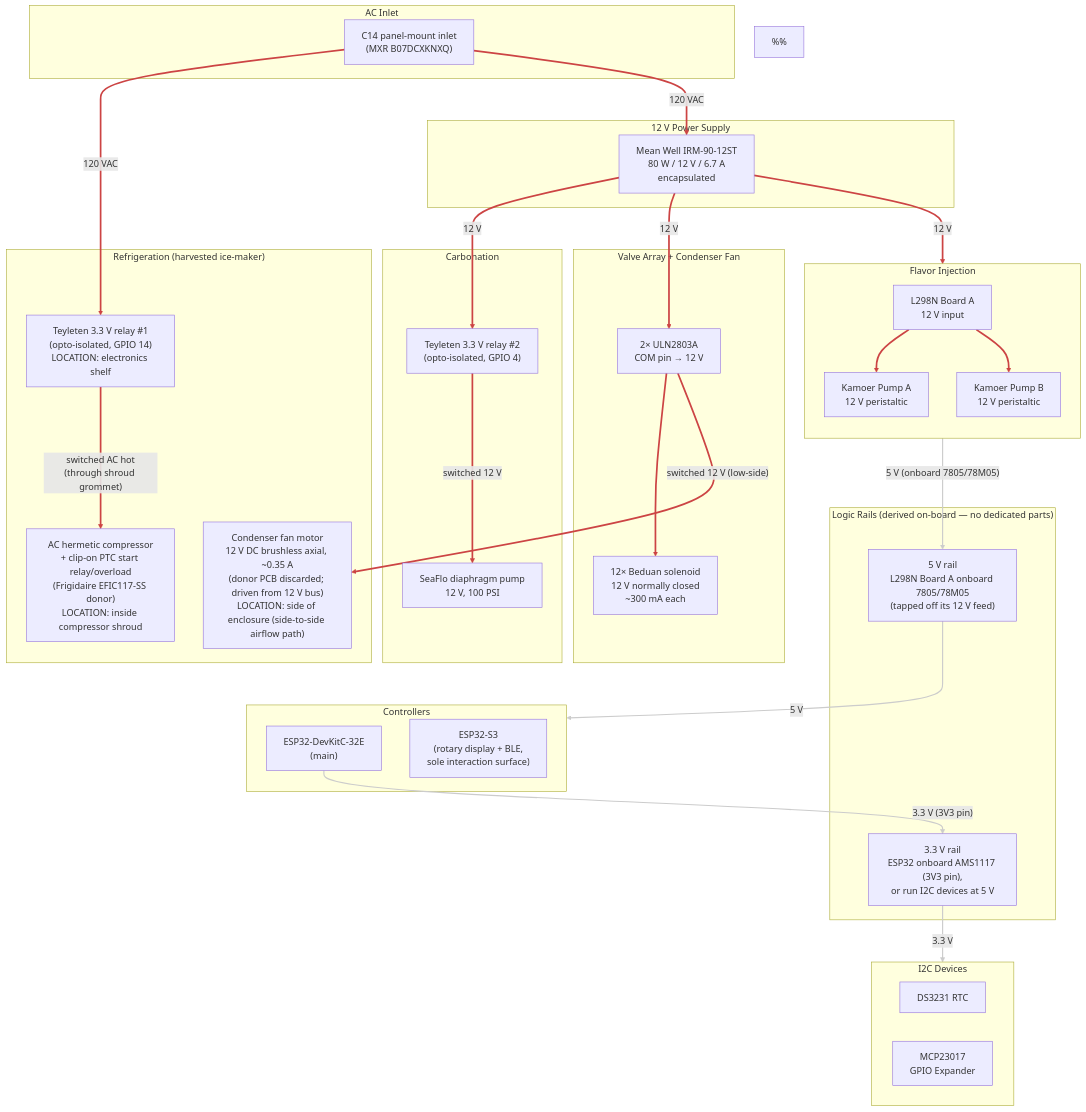
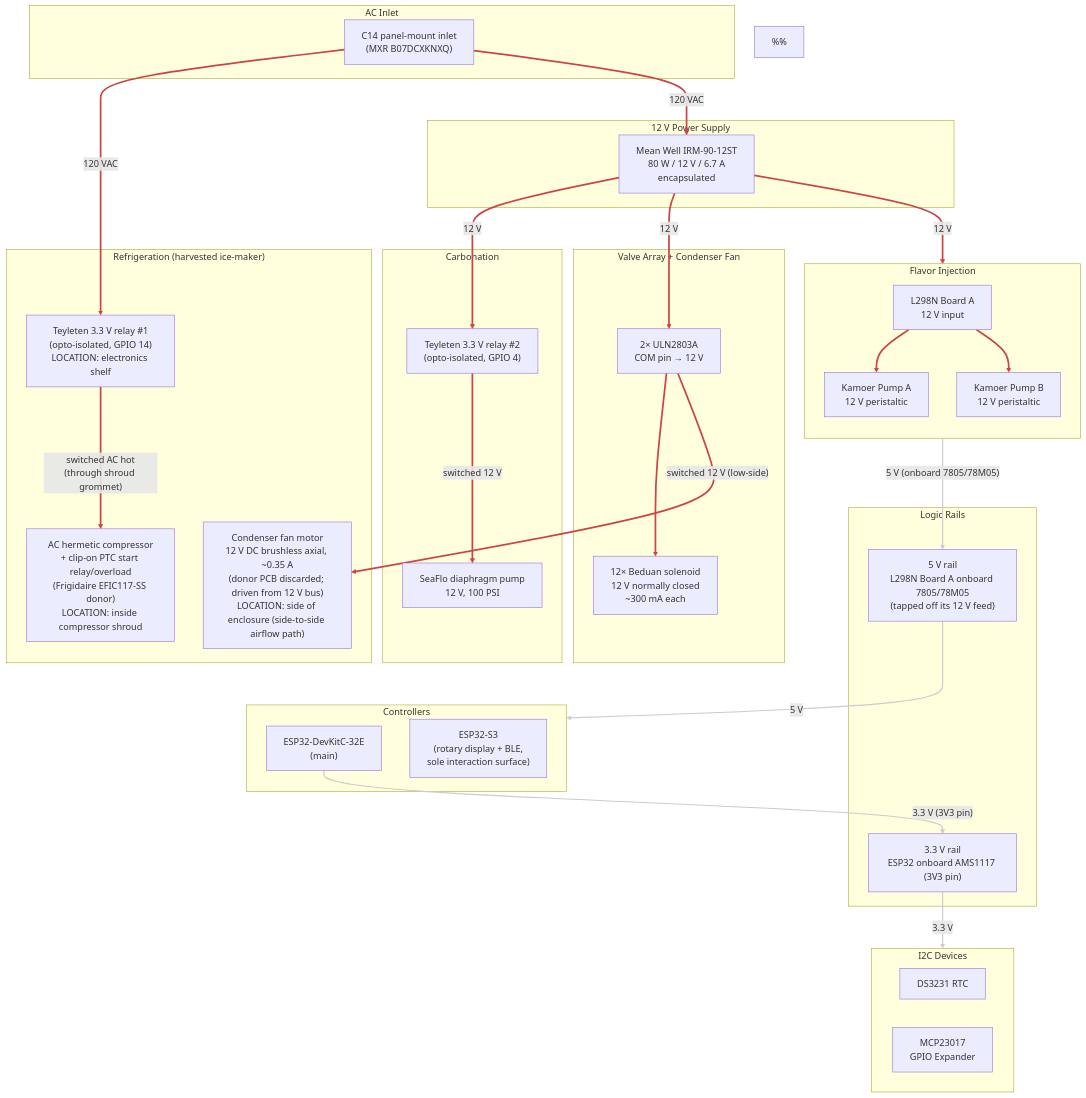
One commit to derekbreden/homesodamachine changed the diagram in hardware/wiring/power.mmd. Above: the diagram before and after it, drawn with Mermaid. The commit also changed 3 other files, not shown here.

First line of the commit message:
power docs: cut residue from the logic-rail notes

```diff
--- a/hardware/wiring/power.mmd
+++ b/hardware/wiring/power.mmd
@@ -1,138 +1,132 @@
 flowchart TD
 
   %% Power Distribution (current plan).
   %% 120 VAC mains in via C14 inlet; Mean Well 12 V PSU supplies the
   %% 12 V bus for everything except the compressor itself, which runs
   %% on switched mains via Teyleten relay #1 (ESP32 GPIO 14). The 12 V
   %% diaphragm pump is gated by Teyleten relay #2 (ESP32 GPIO 4) so
   %% firmware can keep refill off during an active dispense.
   %%
-  %% Logic rails are derived on boards already on the 12 V bus — there
-  %% are no dedicated regulator parts. 5 V comes from the L298N Board A
-  %% onboard 7805/78M05 (fed by the same 12 V that drives the peristaltic
-  %% pumps) and powers the ESP32 boards. 3.3 V for the I2C devices comes
-  %% from the ESP32's onboard AMS1117 (its 3V3 pin) — or the DS3231
-  %% (3.3–5.5 V) and MCP23017 (1.8–5.5 V) run directly at 5 V. The 5 V
-  %% draw is small (ESP32 + S3 + MCP + RTC), but the 78M05 drops 7 V at
-  %% 12→5, so verify the actual logic-rail current and the regulator's
-  %% junction temperature at shelf ambient during bring-up; add a
-  %% stick-on heatsink if margin is thin.
+  %% The 5 V logic rail is the L298N Board A onboard 7805/78M05, made
+  %% from the 12 V at its VS input; it powers the ESP32 boards and the
+  %% relay VCC. The ESP32's onboard AMS1117 supplies 3.3 V on its 3V3
+  %% pin to the I2C devices.
   %%
   %% Physical placement:
   %% - The C14 inlet, AC distribution, PSU, both Teyleten relays, the
   %%   ESP32, MCP23017, ULN2803A pair, and L298N all sit on a single
   %%   electronics shelf at the top-back of the enclosure, behind the
   %%   rear-panel C14 inlet.
   %% - The compressor sits middle-bottom inside a fire-rated metal
   %%   shroud (because the appliance is going into kitchens used by
   %%   friends, family, and customers the founder knows by name, and
   %%   safe handling of the R-600a charge is what UL 60335-2-89
   %%   actually requires); its clip-on PTC start relay + overload
   %%   module is co-located with the compressor body inside the shroud.
   %% - Teyleten relay #1 stays on the SHELF, OUTSIDE the shroud.
   %%   Only switched AC enters the shroud (one wire bundle through one
   %%   grommet: switched H + N + chassis G). This avoids placing an
   %%   arcing contact inside the protected hydrocarbon-refrigerant
   %%   compartment.
   %% - The condenser fan motor is on the side of the enclosure
   %%   (the side-to-side intake → condenser → exhaust airflow path)
   %%   and is OUTSIDE the shroud. It is a 12 V DC brushless axial
   %%   fan: the donor ice maker's own PCB regulated mains to 12 V
   %%   to drive it (factory wiring was never AC on the fan itself),
   %%   so on harvest we discard the donor PCB and drive the fan
   %%   from our own 12 V bus. Low-side switched via one channel of
   %%   ULN2803A #2 driven from MCP23017 0x21 PA4 — same pattern as
   %%   the solenoid valves. Firmware turns it on/off in lockstep
   %%   with the compressor.
   %%
   %% See `ac-wiring-schedule.md` for run-by-run gauges + lengths and
   %% `../cut-parts/compressor-shroud/` for the shroud part.
 
   subgraph AC_Inlet["AC Inlet"]
     C14["C14 panel-mount inlet\n(MXR B07DCXKNXQ)"]
   end
 
   subgraph Supply["12 V Power Supply"]
     PSU["Mean Well IRM-90-12ST\n80 W / 12 V / 6.7 A\nencapsulated"]
   end
 
   subgraph Refrigeration["Refrigeration  (harvested ice-maker)"]
     RELAY["Teyleten 3.3 V relay #1\n(opto-isolated, GPIO 14)\nLOCATION: electronics shelf"]
     COMP_AC["AC hermetic compressor\n+ clip-on PTC start relay/overload\n(Frigidaire EFIC117-SS donor)\nLOCATION: inside compressor shroud"]
     COND_FAN["Condenser fan motor\n12 V DC brushless axial, ~0.35 A\n(donor PCB discarded; driven from 12 V bus)\nLOCATION: side of enclosure (side-to-side airflow path)"]
     RELAY ==>|"switched AC hot\n(through shroud grommet)"| COMP_AC
   end
 
-  subgraph Regulation["Logic Rails (derived on-board — no dedicated parts)"]
+  subgraph Regulation["Logic Rails"]
     REG_5V["5 V rail\nL298N Board A onboard 7805/78M05\n(tapped off its 12 V feed)"]
-    REG_3V3["3.3 V rail\nESP32 onboard AMS1117 (3V3 pin),\nor run I2C devices at 5 V"]
+    REG_3V3["3.3 V rail\nESP32 onboard AMS1117 (3V3 pin)"]
   end
 
   subgraph Carbonation["Carbonation"]
     DIA_RELAY["Teyleten 3.3 V relay #2\n(opto-isolated, GPIO 4)"]
     DIA_PUMP["SeaFlo diaphragm pump\n12 V, 100 PSI"]
     DIA_RELAY ==>|"switched 12 V"| DIA_PUMP
   end
 
   subgraph Flavor["Flavor Injection"]
     direction TB
     L298["L298N Board A\n12 V input"]
     PUMP_A["Kamoer Pump A\n12 V peristaltic"]
     PUMP_B["Kamoer Pump B\n12 V peristaltic"]
     L298 ==> PUMP_A
     L298 ==> PUMP_B
   end
 
   subgraph Valve_Power["Valve Array + Condenser Fan"]
     ULN["2× ULN2803A\nCOM pin → 12 V"]
     VALVES["12× Beduan solenoid\n12 V normally closed\n~300 mA each"]
     ULN ==> VALVES
   end
 
   %% Condenser fan rides the same low-side switching pattern as the
   %% solenoid valves: one ULN2803A #2 channel (driven from MCP23017
   %% 0x21 PA4) sinks the fan's return when commanded. Crossing the
   %% subgraph boundary is intentional — the fan is semantically part
   %% of Refrigeration, but its switching topology is the valve pattern.
   ULN ==>|"switched 12 V (low-side)"| COND_FAN
 
   subgraph MCUs["Controllers"]
     ESP32["ESP32-DevKitC-32E\n(main)"]
     S3["ESP32-S3\n(rotary display + BLE,\n sole interaction surface)"]
   end
 
   subgraph I2C_Devices["I2C Devices"]
     RTC["DS3231 RTC"]
     MCP["MCP23017\nGPIO Expander"]
   end
 
   %% AC distribution (hot leg)
   C14 ==>|"120 VAC"| RELAY
   C14 ==>|"120 VAC"| PSU
 
   %% 12 V distribution
   PSU ==>|"12 V"| DIA_RELAY
   PSU ==>|"12 V"| L298
   PSU ==>|"12 V"| ULN
 
   %% Logic rails (derived on-board, not dedicated parts)
   L298 -->|"5 V (onboard 7805/78M05)"| REG_5V
   REG_5V -->|"5 V"| MCUs
   ESP32 -->|"3.3 V (3V3 pin)"| REG_3V3
   REG_3V3 -->|"3.3 V"| I2C_Devices
 
   %% Power paths (red, thick).
   %% 0    = relay #1 -> compressor (switched AC, through shroud)
   %% 1    = Teyleten relay #2 -> diaphragm pump (switched 12 V)
   %% 2-3  = L298 -> peristaltic pumps
   %% 4    = ULN2803A -> solenoid valves
   %% 5    = ULN2803A -> condenser fan (switched 12 V, low-side)
   %% 6-7  = C14 -> relay #1, C14 -> PSU (AC mains)
   %% 8-10 = PSU 12 V trunk to diaphragm relay, L298N, ULN2803A
   linkStyle 0,1,2,3,4,5,6,7,8,9,10 stroke:#c44,stroke-width:3px
   %% Logic rails (5 V, 3.3 V), derived on-board: white workhorse.
   %% 11 = L298N onboard reg -> 5 V rail
   %% 12 = 5 V rail -> MCUs
   %% 13 = ESP32 onboard AMS1117 (3V3 pin) -> 3.3 V rail
   %% 14 = 3.3 V rail -> I2C devices
   linkStyle 11,12,13,14 stroke:#ccc,stroke-width:2px
```
